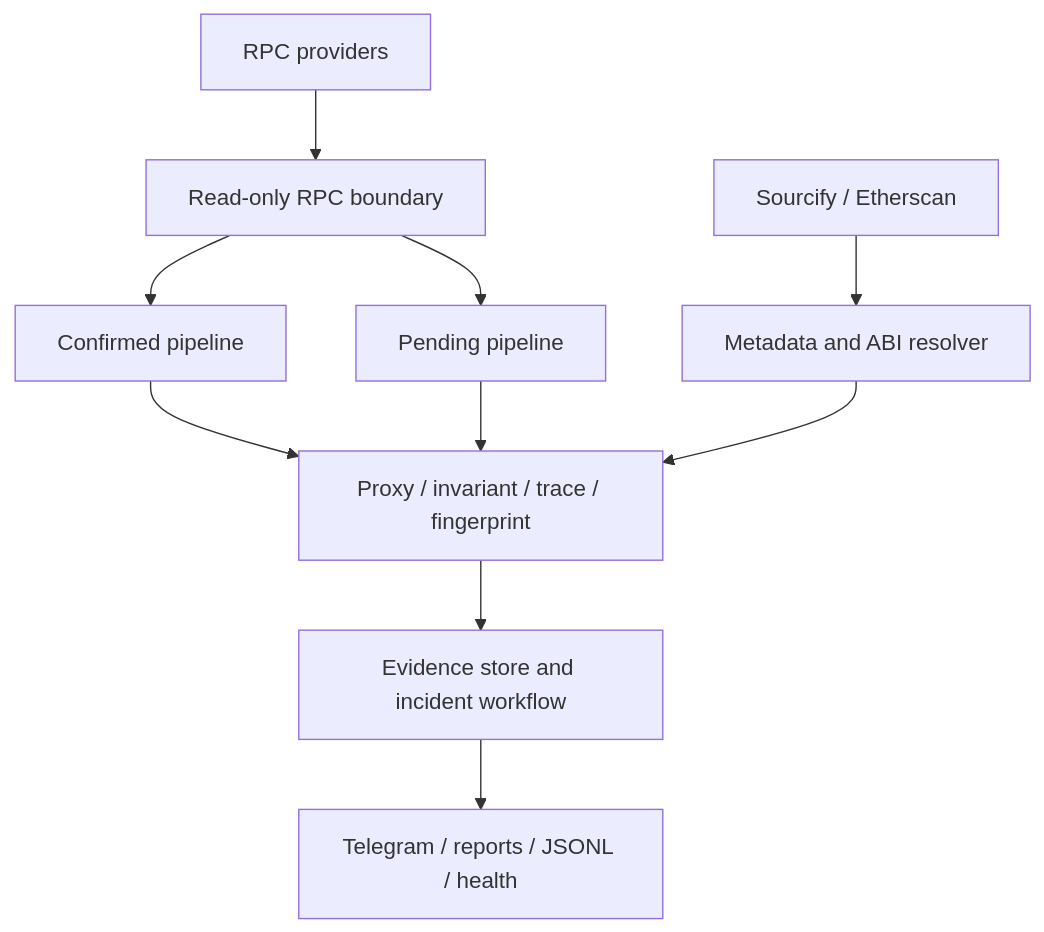
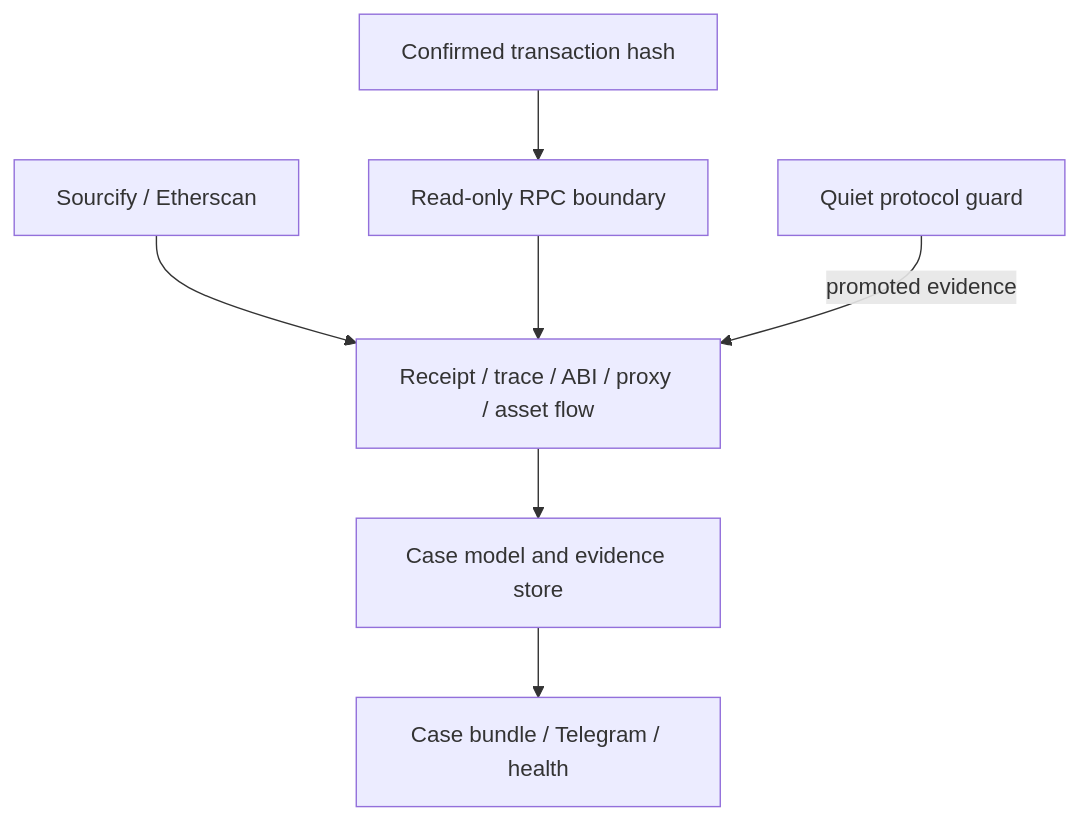
One commit to VolodymyrStetsenko/White-Radar changed the diagram in docs/ARCHITECTURE.md. Above: the diagram before and after it, drawn with Mermaid. The commit also changed other lines of this file and 27 other files, not shown here.

Commit message:
Build transaction-centric incident investigator

````diff
--- a/docs/ARCHITECTURE.md
+++ b/docs/ARCHITECTURE.md
@@ -36,12 +39,9 @@
 ```mermaid
 flowchart TD
-    Provider["RPC providers"] --> Boundary["Read-only RPC boundary"]
-    Explorer["Sourcify / Etherscan"] --> Metadata["Metadata and ABI resolver"]
-    Boundary --> Confirmed["Confirmed pipeline"]
-    Boundary --> Pending["Pending pipeline"]
-    Confirmed --> Analyze["Proxy / invariant / trace / fingerprint"]
-    Pending --> Analyze
-    Metadata --> Analyze
-    Analyze --> Evidence["Evidence store and incident workflow"]
-    Evidence --> Delivery["Telegram / reports / JSONL / health"]
+    Seed["Confirmed transaction hash"] --> Boundary["Read-only RPC boundary"]
+    Explorer["Sourcify / Etherscan"] --> Analyze["Receipt / trace / ABI / proxy / asset flow"]
+    Boundary --> Analyze
+    Guard["Quiet protocol guard"] -->|"promoted evidence"| Analyze
+    Analyze --> Evidence["Case model and evidence store"]
+    Evidence --> Delivery["Case bundle / Telegram / health"]
 ```
````
